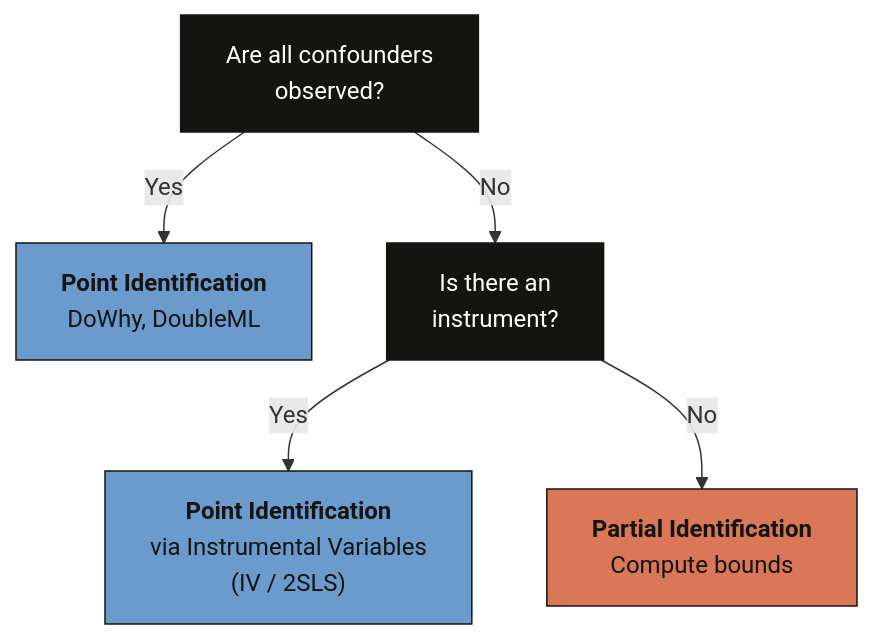
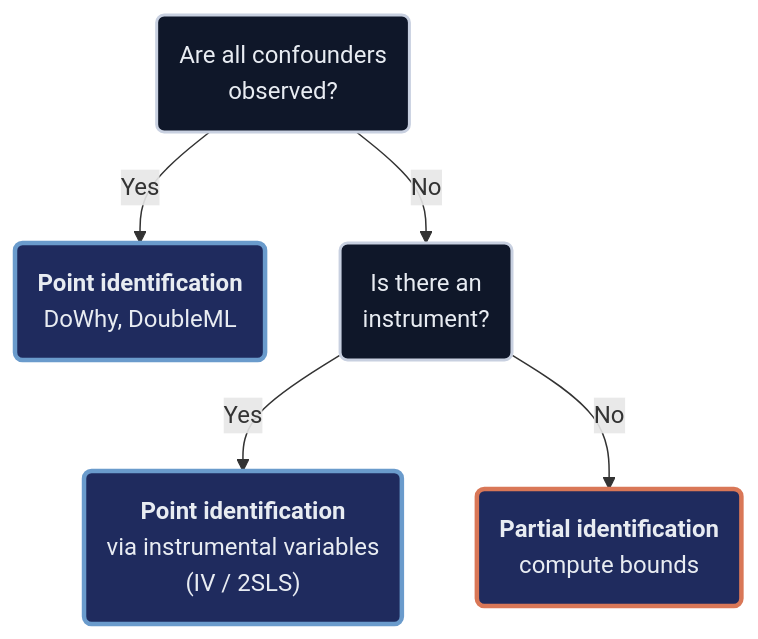
One commit to cmg777/starter-academic-v501 changed the second of 2 diagrams in content/post/python_partial_identification/index.md. Above: the diagram before and after it, drawn with Mermaid. The commit also changed other lines of this file and 9 other files, not shown here.

First line of the commit message:
content(mermaid): restyle flowcharts in Python posts, batch 2 of 2

````diff
--- a/content/post/python_partial_identification/index.md
+++ b/content/post/python_partial_identification/index.md
@@ -622,13 +628,13 @@
 ```mermaid
 graph TD
-    Q["Are all confounders<br/>observed?"] -->|"Yes"| PI["<b>Point Identification</b><br/>DoWhy, DoubleML"]
-    Q -->|"No"| IV["Is there an<br/>instrument?"]
-    IV -->|"Yes"| IVPI["<b>Point Identification</b><br/>via Instrumental Variables<br/>(IV / 2SLS)"]
-    IV -->|"No"| PART["<b>Partial Identification</b><br/>Compute bounds"]
-
-    style Q fill:#141413,stroke:#141413,color:#fff
-    style PI fill:#6a9bcc,stroke:#141413,color:#141413
-    style IV fill:#141413,stroke:#141413,color:#fff
-    style IVPI fill:#6a9bcc,stroke:#141413,color:#141413
-    style PART fill:#d97757,stroke:#141413,color:#141413
+    Q("Are all confounders<br/>observed?") -->|"Yes"| PI("<b>Point identification</b><br/>DoWhy, DoubleML")
+    Q -->|"No"| IV("Is there an<br/>instrument?")
+    IV -->|"Yes"| IVPI("<b>Point identification</b><br/>via instrumental variables<br/>(IV / 2SLS)")
+    IV -->|"No"| PART("<b>Partial identification</b><br/>compute bounds")
+    classDef anchor fill:#0f1729,stroke:#c8d0e0,stroke-width:2px,color:#e8ecf2
+    classDef blue fill:#1f2b5e,stroke:#6a9bcc,stroke-width:3px,color:#e8ecf2
+    classDef orange fill:#1f2b5e,stroke:#d97757,stroke-width:3px,color:#e8ecf2
+    class Q,IV anchor
+    class PI,IVPI blue
+    class PART orange
 ```
````
